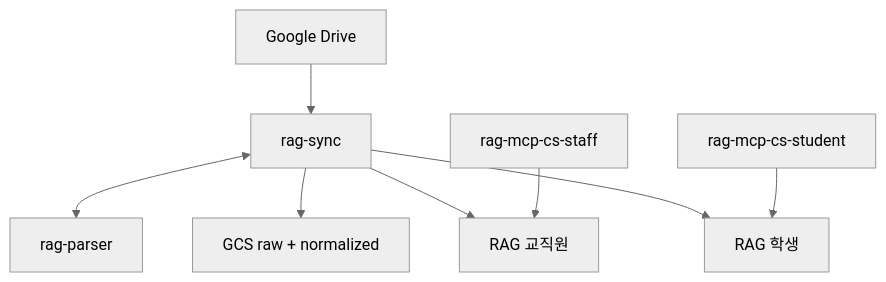
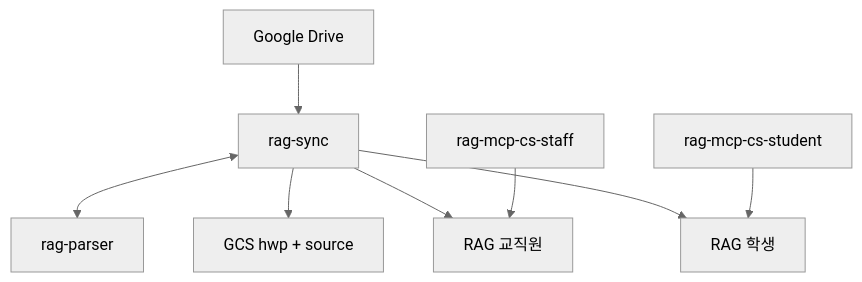
One commit to 0525gus/gcp_rag changed the diagram in README.md. Above: the diagram before and after it, drawn with Mermaid (neutral theme). The commit also changed other lines of this file and 39 other files, not shown here.

````diff
--- a/README.md
+++ b/README.md
@@ -9,19 +9,19 @@
 ```mermaid
 flowchart TB
   Drive["Google Drive"]
   Sync[rag-sync]
   Parser[rag-parser]
-  GCS["GCS raw + normalized"]
+  GCS["GCS hwp + source"]
   StaffRAG[RAG 교직원]
   StudentRAG[RAG 학생]
   McpStaff[rag-mcp-cs-staff]
   McpStudent[rag-mcp-cs-student]
 
   Drive --> Sync
   Sync <--> Parser
   Sync --> GCS
   Sync --> StaffRAG
   Sync --> StudentRAG
   McpStaff --> StaffRAG
   McpStudent --> StudentRAG
 ```
````
